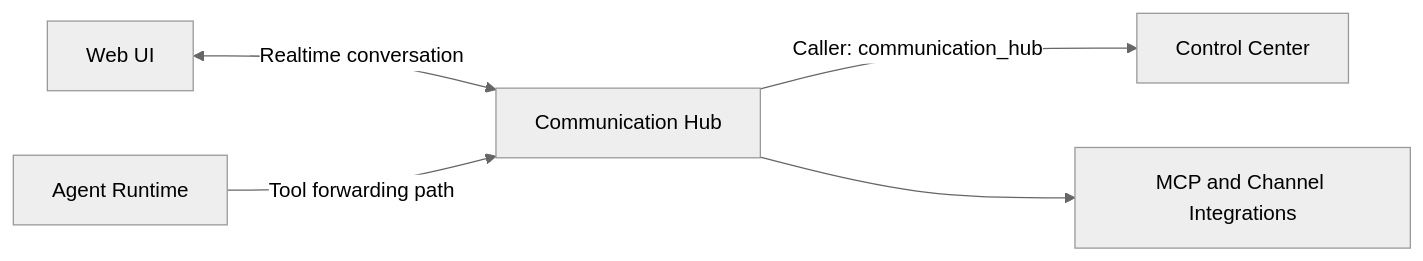
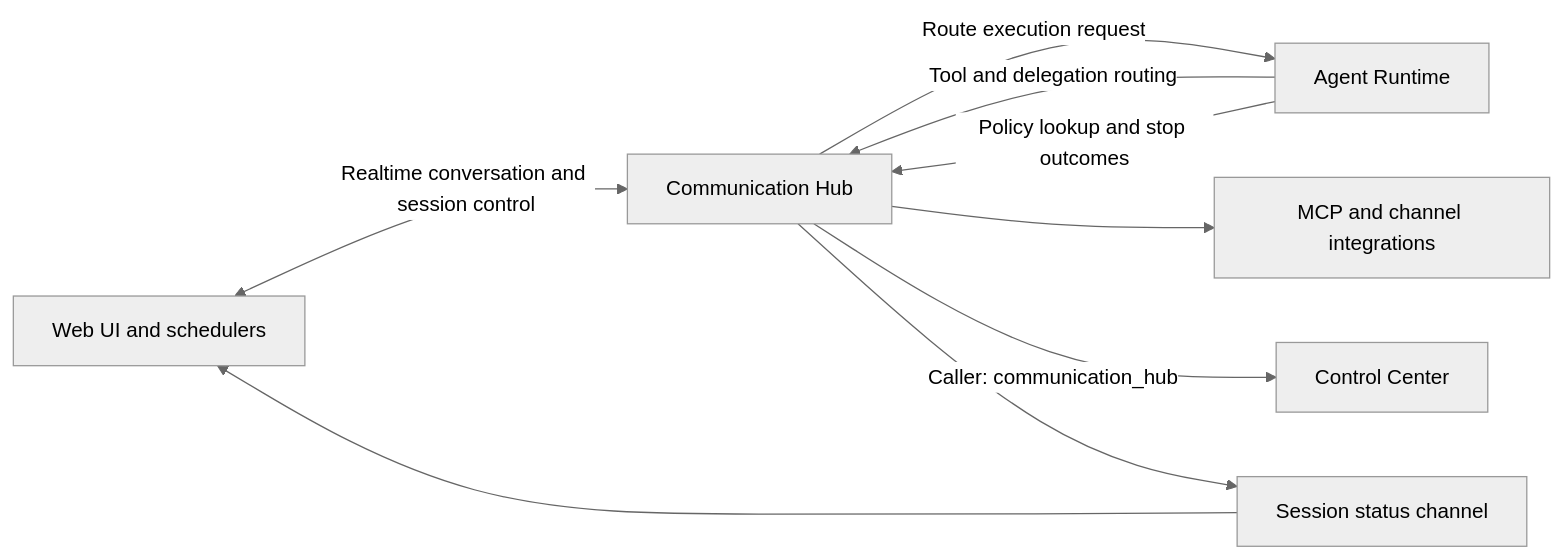
Before and after one commit to hurungang/parthenon: the first of 2 diagrams in docs/master/architecture/modules/communication-hub/architecture.md, drawn with Mermaid (neutral theme). The commit also changed other lines of this file and 139 other files, not shown here.

````diff
--- a/docs/master/architecture/modules/communication-hub/architecture.md
+++ b/docs/master/architecture/modules/communication-hub/architecture.md
@@ -3,13 +3,18 @@
 ```mermaid
 flowchart LR
-    UI[Web UI]
+    UI[Web UI and schedulers]
     CH[Communication Hub]
+    AR[Agent Runtime]
     CC[Control Center]
-    AR[Agent Runtime]
-    MCP[MCP and Channel Integrations]
+    MCP[MCP and channel integrations]
+    STAT[Session status channel]
 
-    UI <-->|Realtime conversation| CH
+    UI <-->|Realtime conversation and session control| CH
+    CH -->|Route execution request| AR
+    AR -->|Tool and delegation routing| CH
+    CH --> MCP
+    AR -->|Policy lookup and stop outcomes| CH
     CH -->|Caller: communication_hub| CC
-    AR -->|Tool forwarding path| CH
-    CH --> MCP
+    CH --> STAT
+    STAT --> UI
 ```
````
